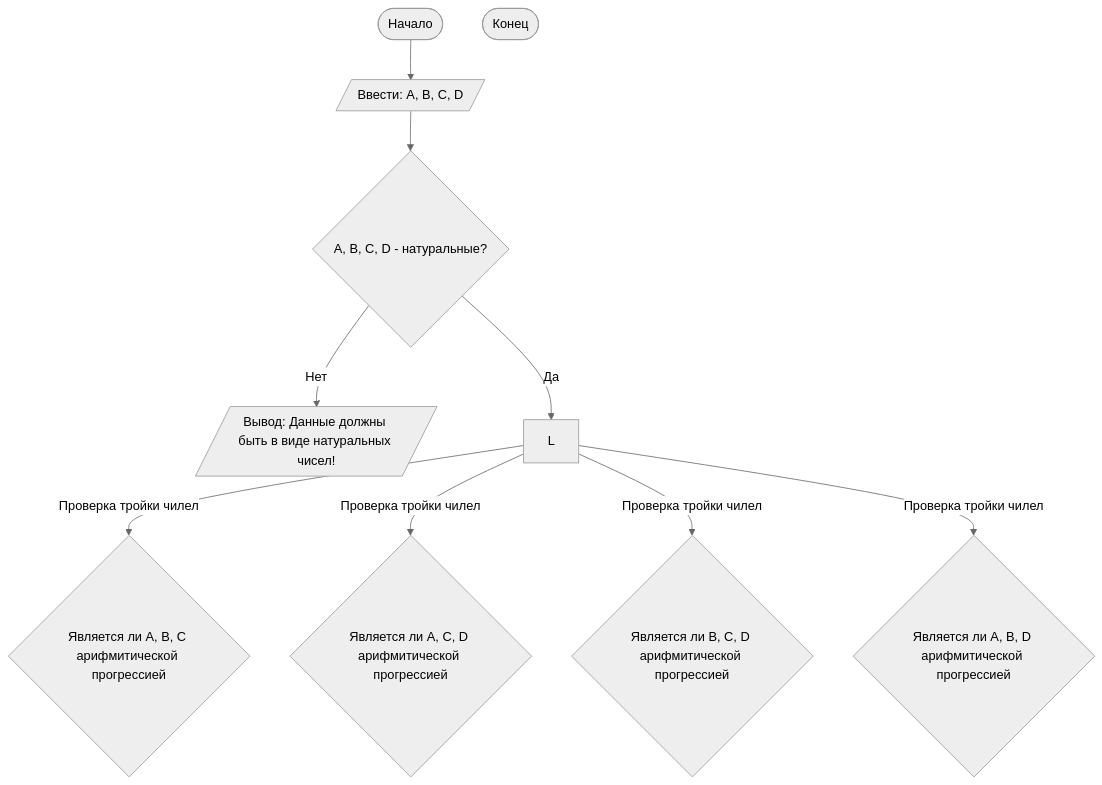
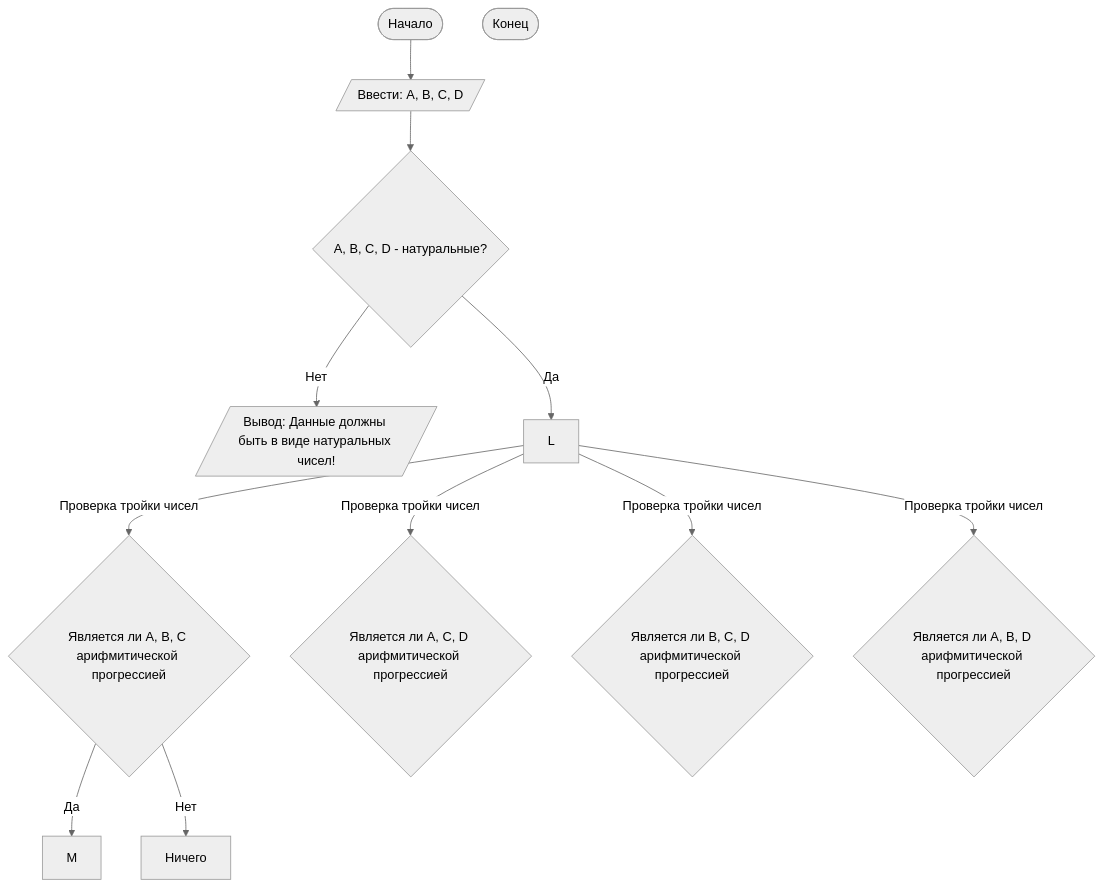
One commit to Matvey-Kh/Lab1 changed the diagram in README.md. Above: the diagram before and after it, drawn with Mermaid (neutral theme).

````diff
--- a/README.md
+++ b/README.md
@@ -92,15 +92,16 @@
 ```mermaid
 graph TD
     A([Начало]) --> B[/Ввести: A, B, C, D/]
     B --> C{A, B, C, D - натуральные?}
     C -- Нет --> D[/Вывод: Данные должны быть в виде натуральных чисел!/]
     C -- Да --> L
-    L -- Проверка тройки чилел --> H{Является ли A, B, C арифмитической прогрессией}
-    L -- Проверка тройки чилел --> I{Является ли A, C, D арифмитической прогрессией}
-    L -- Проверка тройки чилел --> J{Является ли B, C, D арифмитической прогрессией}
-    L -- Проверка тройки чилел --> K{Является ли A, B, D арифмитической прогрессией}
-
+    L -- Проверка тройки чисел --> H{Является ли A, B, C арифмитической прогрессией}
+    L -- Проверка тройки чисел --> I{Является ли A, C, D арифмитической прогрессией}
+    L -- Проверка тройки чисел --> J{Является ли B, C, D арифмитической прогрессией}
+    L -- Проверка тройки чисел --> K{Является ли A, B, D арифмитической прогрессией}
+    H -- Да --> M
+    H -- Нет --> N[Ничего]
 
     Z([Конец])
 
 ```
````
